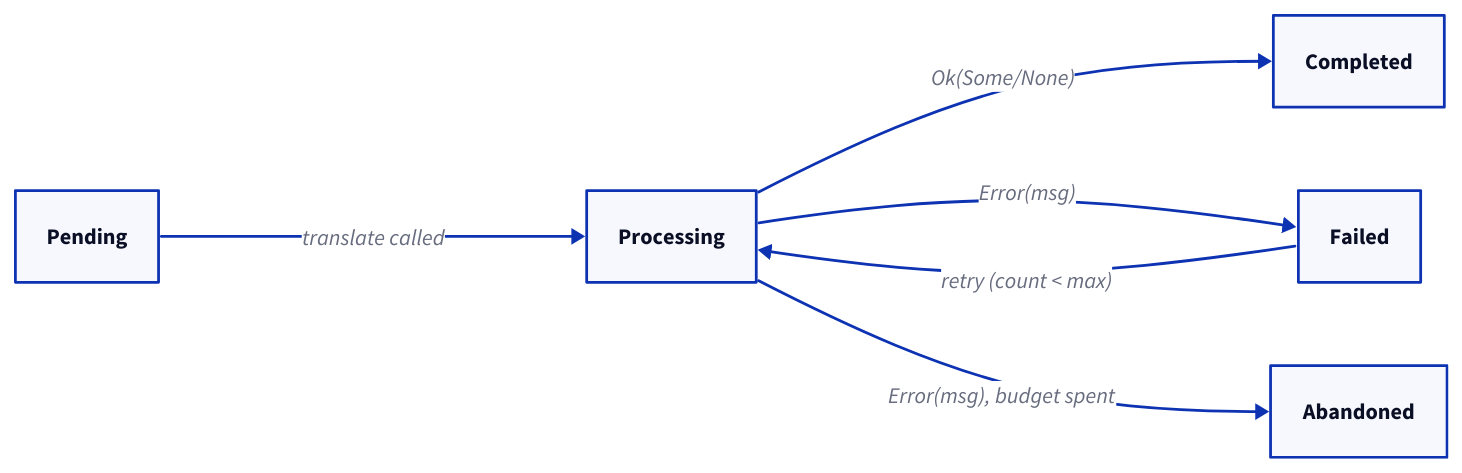
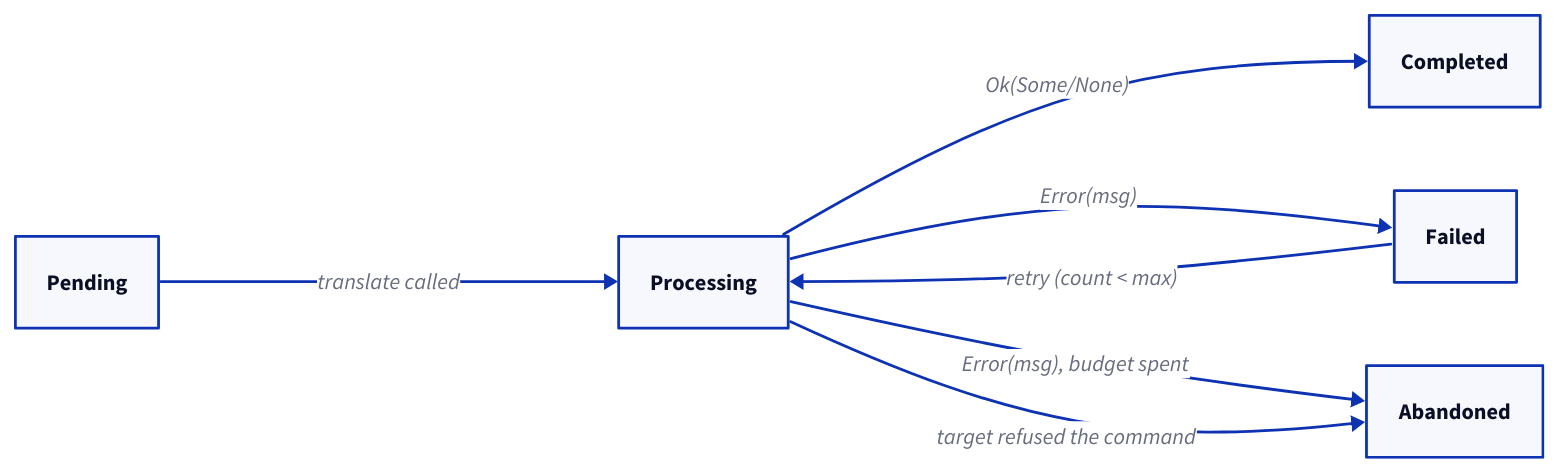
The third of 3 diagrams in packages/doc/docs-app/components/outboundtranslationslice.md (ReventlessDev/reventless-core), drawn with D2 before and after one commit. The commit also changed other lines of this file and 58 other files, not shown here.

First line of the commit message:
feat(core)!: an automation or outbound translation hears that its command was refused

````diff
--- a/packages/doc/docs-app/components/outboundtranslationslice.md
+++ b/packages/doc/docs-app/components/outboundtranslationslice.md
@@ -425,15 +426,16 @@
 ```d2
 direction: right
 
 pending: Pending { class: status-pending }
 processing: Processing { class: status-active }
 completed: Completed { class: status-done }
 failed: Failed { class: status-retry }
 abandoned: Abandoned { class: status-terminal }
 
 pending -> processing: translate called
 processing -> completed: "Ok(Some/None)"
 processing -> failed: "Error(msg)"
 failed -> processing: "retry (count < max)"
 processing -> abandoned: "Error(msg), budget spent"
+processing -> abandoned: "target refused the command"
 ```
````
